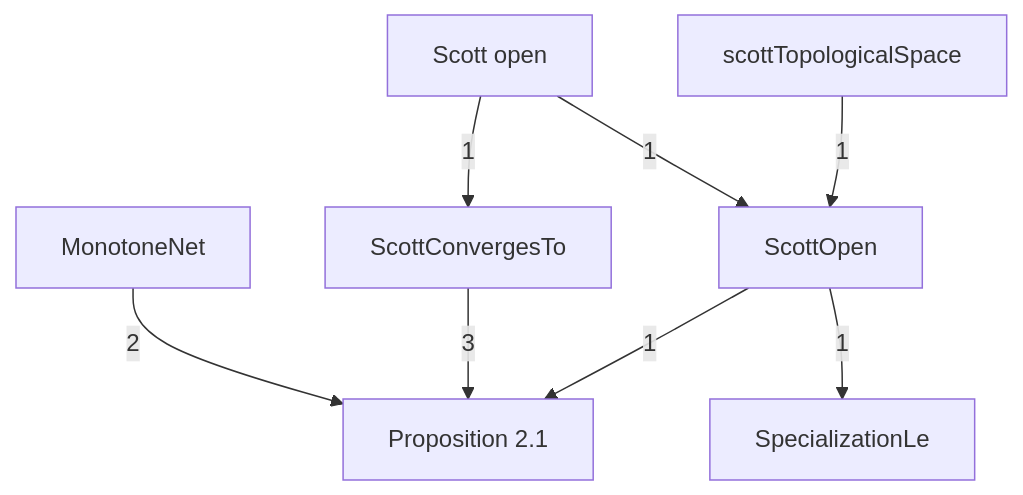
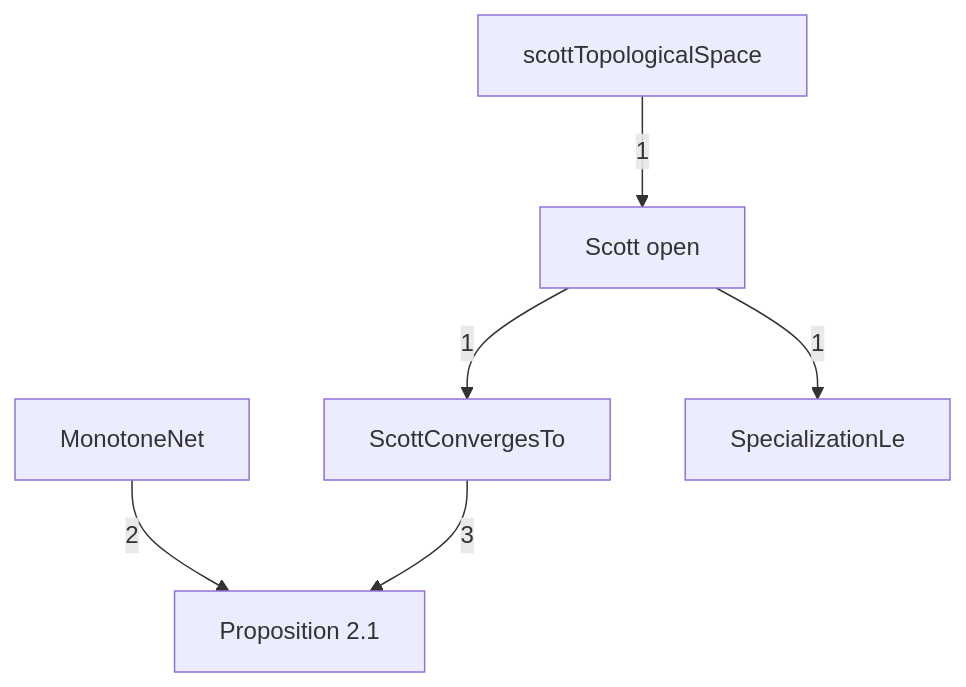
Before and after one commit to catskillsresearch/DomainTheory: the diagram in DomainTheory/ContinuousLattice/Specialization/Specialization.mermaid, drawn with Mermaid. The commit also changed 18 other files, not shown here.

First line of the commit message:
Fold Specialization Scott-open lemmas into WayBelow ScottOpen namespace.

```diff
--- a/DomainTheory/ContinuousLattice/Specialization/Specialization.mermaid
+++ b/DomainTheory/ContinuousLattice/Specialization/Specialization.mermaid
@@ -1,24 +1,21 @@
 %% Notes of the specialization order, in outline order.
 %% Each box is one outline note from 1972_Specialization_order.md.
 %% Arrowhead on the importer. The number is a direct-import count.
 %% An arrow already implied by a longer path is omitted.
 flowchart TB
 
   MN["MonotoneNet"]
   P21["Proposition 2.1"]
   SO["Scott open"]
   SCT["ScottConvergesTo"]
-  SOsp["ScottOpen"]
   STS["scottTopologicalSpace"]
   SLe["SpecializationLe"]
 
   MN -->|"2"| P21
   SCT -->|"3"| P21
-  SOsp -->|"1"| P21
   SO -->|"1"| SCT
-  SOsp -->|"1"| SLe
-  SO -->|"1"| SOsp
-  STS -->|"1"| SOsp
+  SO -->|"1"| SLe
+  STS -->|"1"| SO
 
   classDef file fill:#dbeafe,stroke:#1d4ed8,color:#1e3a8a
   classDef ext fill:#f3f4f6,stroke:#374151,color:#111827
```
